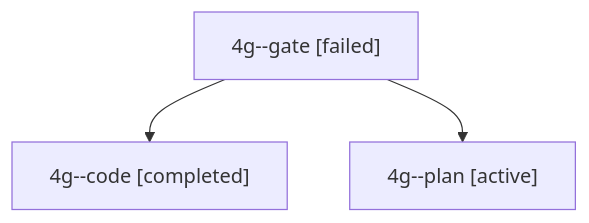
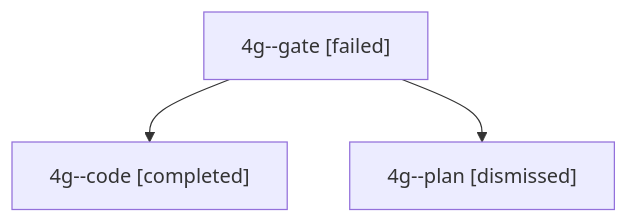
The diagram in sessions/bbugyi200.apollo.4g.md (bobs-org/bob-cli--agents), drawn with Mermaid before and after one commit. The commit also changed other lines of this file and 26 other files, not shown here.

````diff
--- a/sessions/bbugyi200.apollo.4g.md
+++ b/sessions/bbugyi200.apollo.4g.md
@@ -9,8 +9,8 @@
 ```mermaid
 flowchart TD
   n0["4g--gate [failed]"]
   n1["4g--code [completed]"]
   n0 --> n1
-  n2["4g--plan [active]"]
+  n2["4g--plan [dismissed]"]
   n0 --> n2
 ```
````
